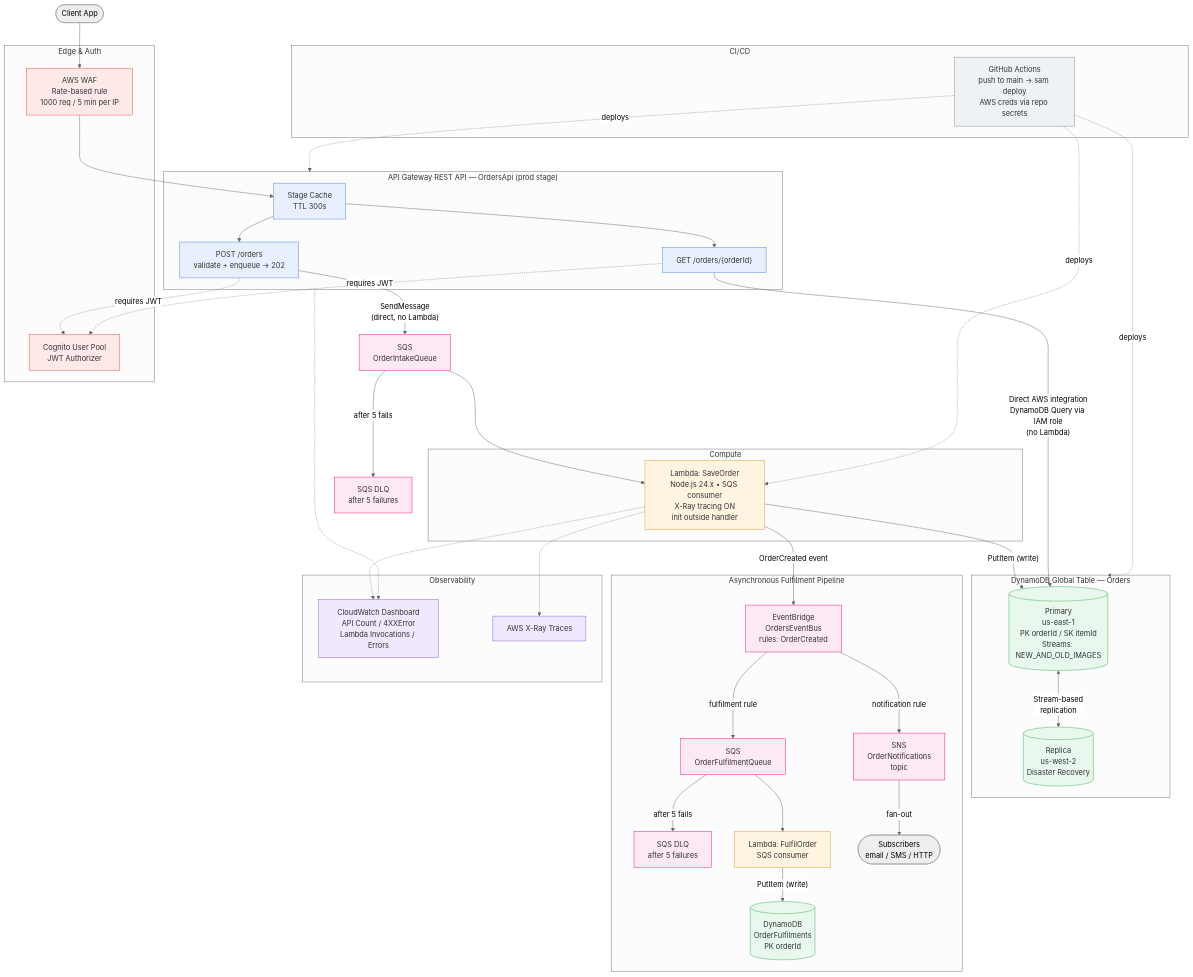
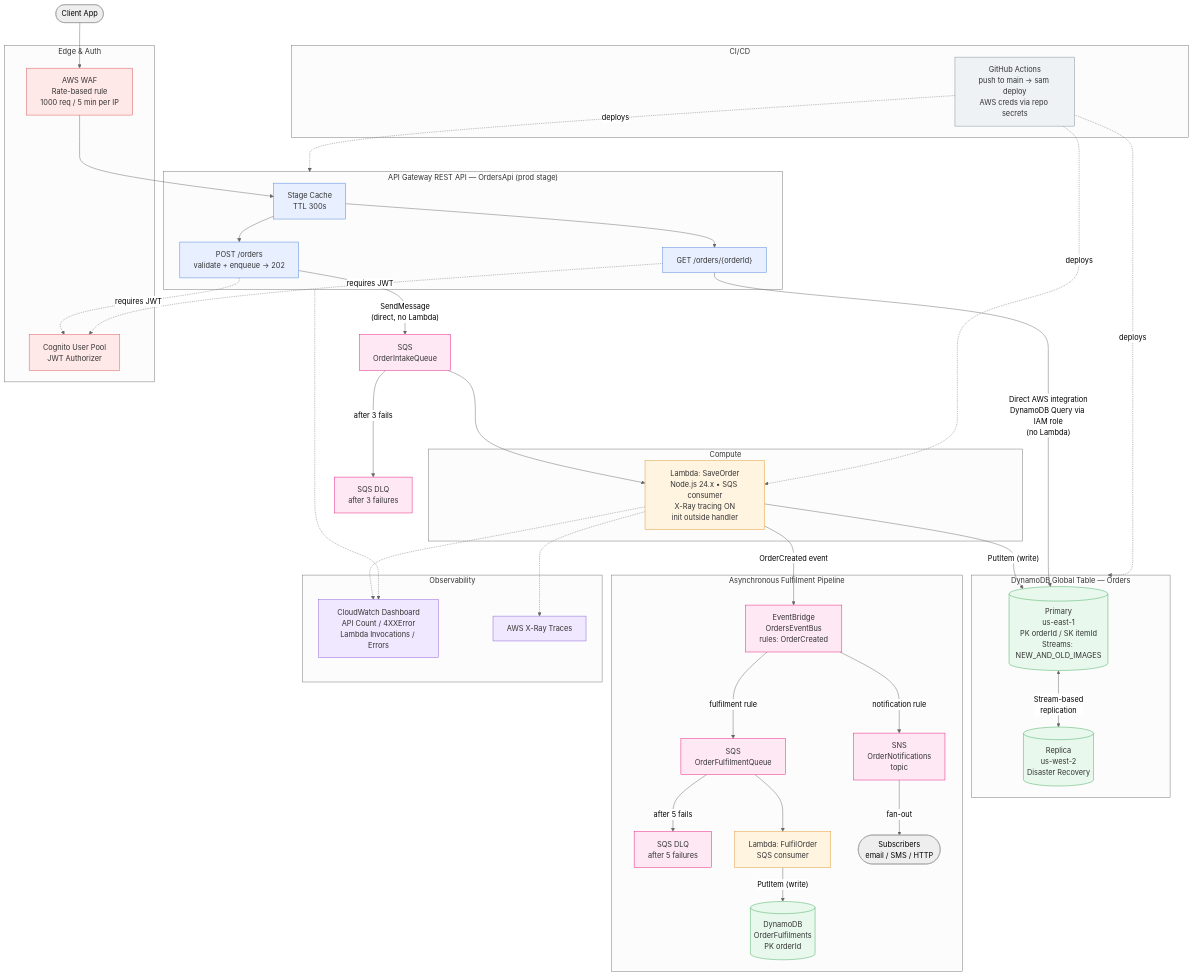
Before and after one commit to Govinder-1992/serverless-application: the diagram in docs/architecture.mmd, drawn with Mermaid (neutral theme). The commit also changed 5 other files, not shown here.

Commit message:
Set intake DLQ redrive to 3 attempts and update docs

```diff
--- a/docs/architecture.mmd
+++ b/docs/architecture.mmd
@@ -1,90 +1,90 @@
 flowchart TB
     Client([Client App])
 
     subgraph Security["Edge & Auth"]
         WAF["AWS WAF<br/>Rate-based rule<br/>1000 req / 5 min per IP"]
         Cognito["Cognito User Pool<br/>JWT Authorizer"]
     end
 
     subgraph APIGW["API Gateway REST API — OrdersApi (prod stage)"]
         Cache["Stage Cache<br/>TTL 300s"]
         POST["POST /orders<br/>validate + enqueue → 202"]
         GET["GET /orders/{orderId}"]
     end
 
     IntakeQueue["SQS<br/>OrderIntakeQueue"]
-    IntakeDLQ["SQS DLQ<br/>after 5 failures"]
+    IntakeDLQ["SQS DLQ<br/>after 3 failures"]
 
     subgraph Compute["Compute"]
         Lambda["Lambda: SaveOrder<br/>Node.js 24.x • SQS consumer<br/>X-Ray tracing ON<br/>init outside handler"]
     end
 
     subgraph DataLayer["DynamoDB Global Table — Orders"]
         DDBPrimary[("Primary<br/>us-east-1<br/>PK orderId / SK itemId<br/>Streams: NEW_AND_OLD_IMAGES")]
         DDBReplica[("Replica<br/>us-west-2<br/>Disaster Recovery")]
     end
 
     subgraph Async["Asynchronous Fulfilment Pipeline"]
         EventBus["EventBridge<br/>OrdersEventBus<br/>rules: OrderCreated"]
         Queue["SQS<br/>OrderFulfilmentQueue"]
         DLQ["SQS DLQ<br/>after 5 failures"]
         Fulfil["Lambda: FulfilOrder<br/>SQS consumer"]
         FulfilTable[("DynamoDB<br/>OrderFulfilments<br/>PK orderId")]
         SNS["SNS<br/>OrderNotifications<br/>topic"]
         Subscribers(["Subscribers<br/>email / SMS / HTTP"])
     end
 
     subgraph Observability["Observability"]
         Dashboard["CloudWatch Dashboard<br/>API Count / 4XXError<br/>Lambda Invocations / Errors"]
         XRay["AWS X-Ray Traces"]
     end
 
     subgraph CICD["CI/CD"]
         GH["GitHub Actions<br/>push to main → sam deploy<br/>AWS creds via repo secrets"]
     end
 
     Client --> WAF --> Cache
     Cache --> POST
     Cache --> GET
     POST -. requires JWT .-> Cognito
     GET -. requires JWT .-> Cognito
 
     POST -->|"SendMessage<br/>(direct, no Lambda)"| IntakeQueue
-    IntakeQueue -->|"after 5 fails"| IntakeDLQ
+    IntakeQueue -->|"after 3 fails"| IntakeDLQ
     IntakeQueue --> Lambda
     Lambda -->|"PutItem (write)"| DDBPrimary
     GET -->|"Direct AWS integration<br/>DynamoDB Query via IAM role<br/>(no Lambda)"| DDBPrimary
 
     DDBPrimary <-->|"Stream-based<br/>replication"| DDBReplica
 
     Lambda -->|"OrderCreated event"| EventBus
     EventBus -->|"fulfilment rule"| Queue
     Queue -->|"after 5 fails"| DLQ
     Queue --> Fulfil
     Fulfil -->|"PutItem (write)"| FulfilTable
     EventBus -->|"notification rule"| SNS
     SNS -->|"fan-out"| Subscribers
 
     Lambda -.-> XRay
     Lambda -.-> Dashboard
     APIGW -.-> Dashboard
 
     GH -. deploys .-> APIGW
     GH -. deploys .-> Lambda
     GH -. deploys .-> DataLayer
 
     classDef sec fill:#ffe8e8,stroke:#d9534f,color:#333
     classDef api fill:#e8f0ff,stroke:#4a7fd9,color:#333
     classDef comp fill:#fff4e0,stroke:#e0952b,color:#333
     classDef data fill:#e8f8ec,stroke:#3faa5a,color:#333
     classDef obs fill:#f0e8ff,stroke:#8a5ad9,color:#333
     classDef ci fill:#eef2f5,stroke:#7a8a99,color:#333
     classDef evt fill:#fde8f3,stroke:#e7157b,color:#333
 
     class WAF,Cognito sec
     class Cache,POST,GET api
     class Lambda,Fulfil comp
     class DDBPrimary,DDBReplica,FulfilTable data
     class Dashboard,XRay obs
     class GH ci
     class EventBus,Queue,DLQ,SNS,IntakeQueue,IntakeDLQ evt
```
